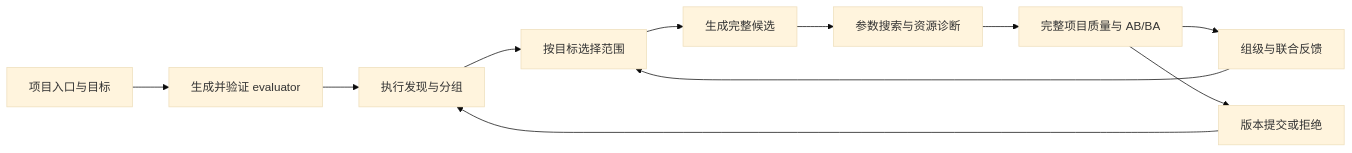
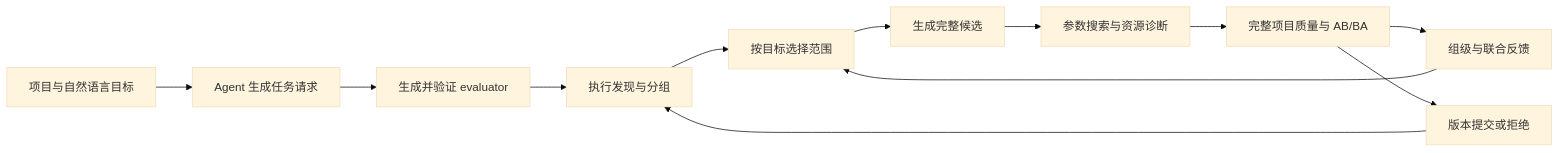
Before and after one commit to Fudan-SMI-lab/opop: the diagram in docs/v6-project-workflow.md, drawn with Mermaid (base theme). The commit also changed other lines of this file and 1 other file, not shown here.

````diff
--- a/docs/v6-project-workflow.md
+++ b/docs/v6-project-workflow.md
@@ -7,13 +7,14 @@
 ```mermaid
 flowchart LR
-  R[项目入口与目标] --> E[生成并验证 evaluator]
+  R[项目与自然语言目标] --> I[Agent 生成任务请求]
+  I --> E[生成并验证 evaluator]
   E --> D[执行发现与分组]
   D --> S[按目标选择范围]
   S --> C[生成完整候选]
   C --> T[参数搜索与资源诊断]
   T --> V[完整项目质量与 AB/BA]
   V --> F[组级与联合反馈]
   F --> S
   V --> P[版本提交或拒绝]
   P --> D
 ```
````
